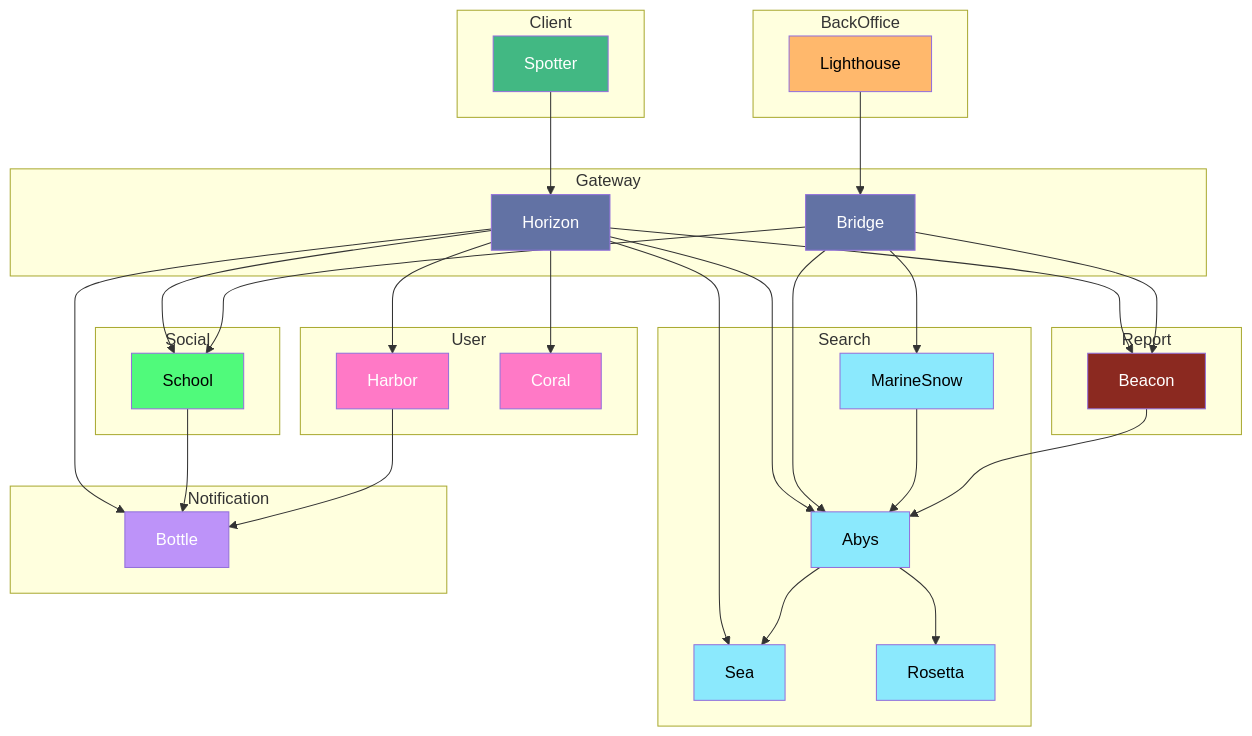
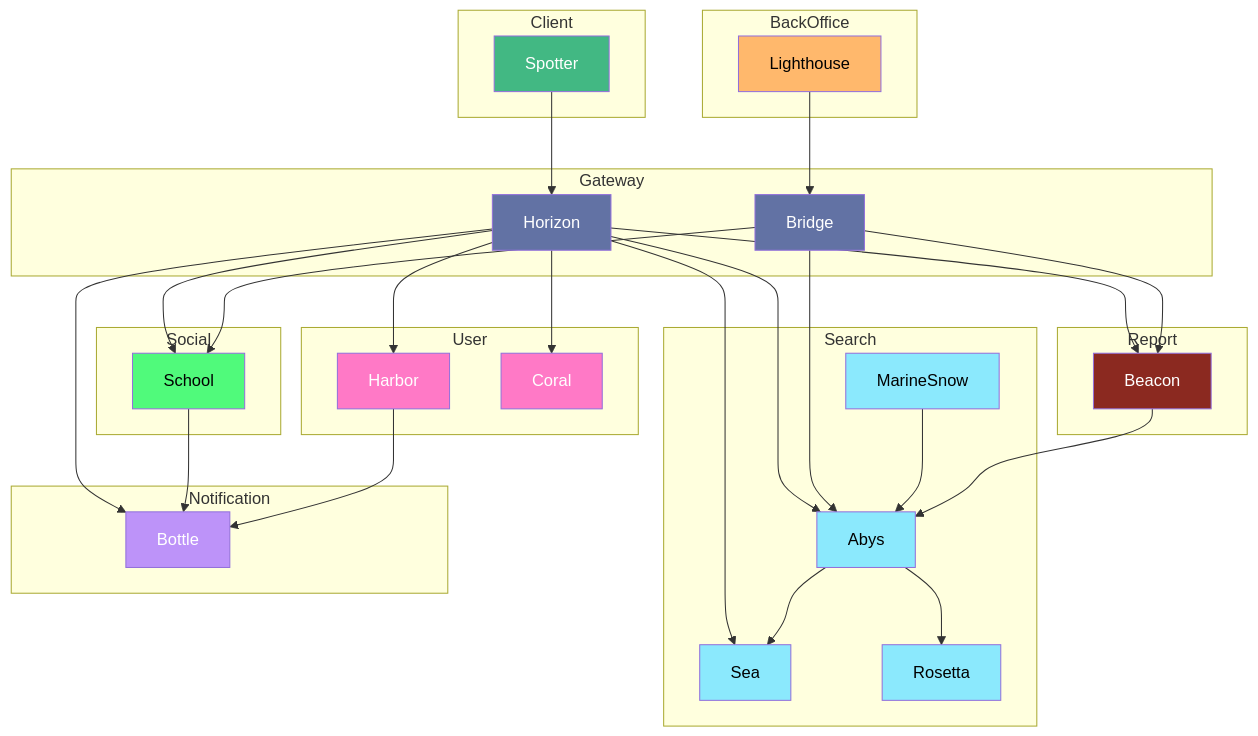
One commit to mathcovax/seaence changed the first of 3 diagrams in docs/services/index.md. Above: the diagram before and after it, drawn with Mermaid. The commit also changed 1 other file, not shown here.

Commit message:
fix(110): marine snow schema

```diff
--- a/docs/services/index.md
+++ b/docs/services/index.md
@@ -76,7 +76,6 @@
 	Horizon --> Coral
 	Horizon --> Beacon
 
-    Bridge --> MarineSnow
     Bridge --> Abys
     Bridge --> School
 	Bridge --> Beacon
```
